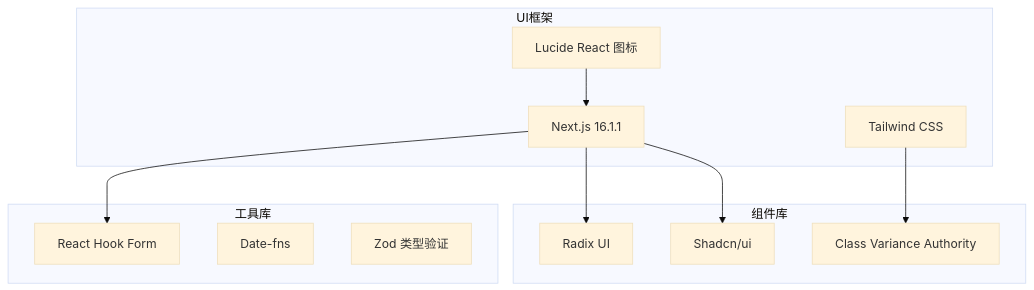
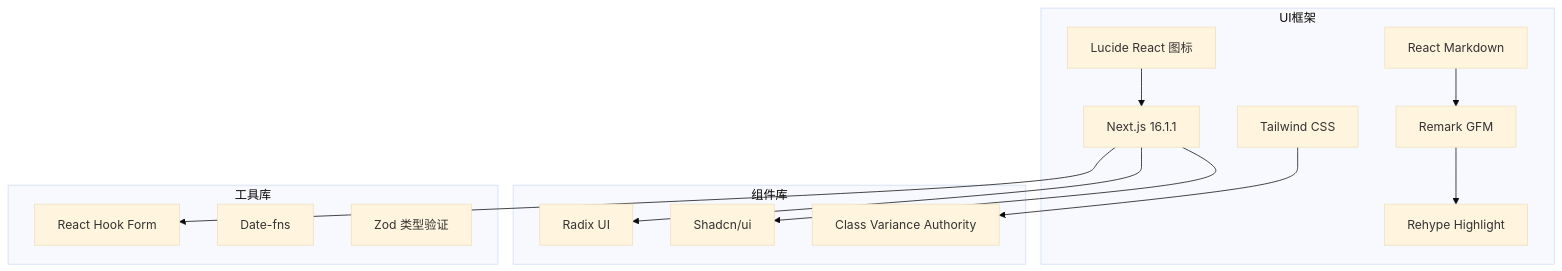
One commit to ghbbn053-ship-itsoulddog/soulddog changed diagram 26 of 27 in .qoder/repowiki/zh/content/前端应用文档/AI聊天界面与对话交互.md. Above: the diagram before and after it, drawn with Mermaid (base theme). The commit also changed other lines of this file and 119 other files, not shown here.

````diff
--- a/.qoder/repowiki/zh/content/前端应用文档/AI聊天界面与对话交互.md
+++ b/.qoder/repowiki/zh/content/前端应用文档/AI聊天界面与对话交互.md
@@ -642,23 +1874,28 @@
 ```mermaid
 graph TB
 subgraph "UI框架"
 A[Next.js 16.1.1]
 B[Tailwind CSS]
 C[Lucide React 图标]
+D[React Markdown]
+E[Remark GFM]
+F[Rehype Highlight]
 end
 subgraph "组件库"
-D[Radix UI]
-E[Shadcn/ui]
-F[Class Variance Authority]
+G[Radix UI]
+H[Shadcn/ui]
+I[Class Variance Authority]
 end
 subgraph "工具库"
-G[React Hook Form]
-H[Date-fns]
-I[Zod 类型验证]
+J[React Hook Form]
+K[Date-fns]
+L[Zod 类型验证]
 end
-A --> D
-A --> E
 A --> G
-B --> F
+A --> H
+A --> J
+B --> I
 C --> A
+D --> E
+E --> F
 ```
````
